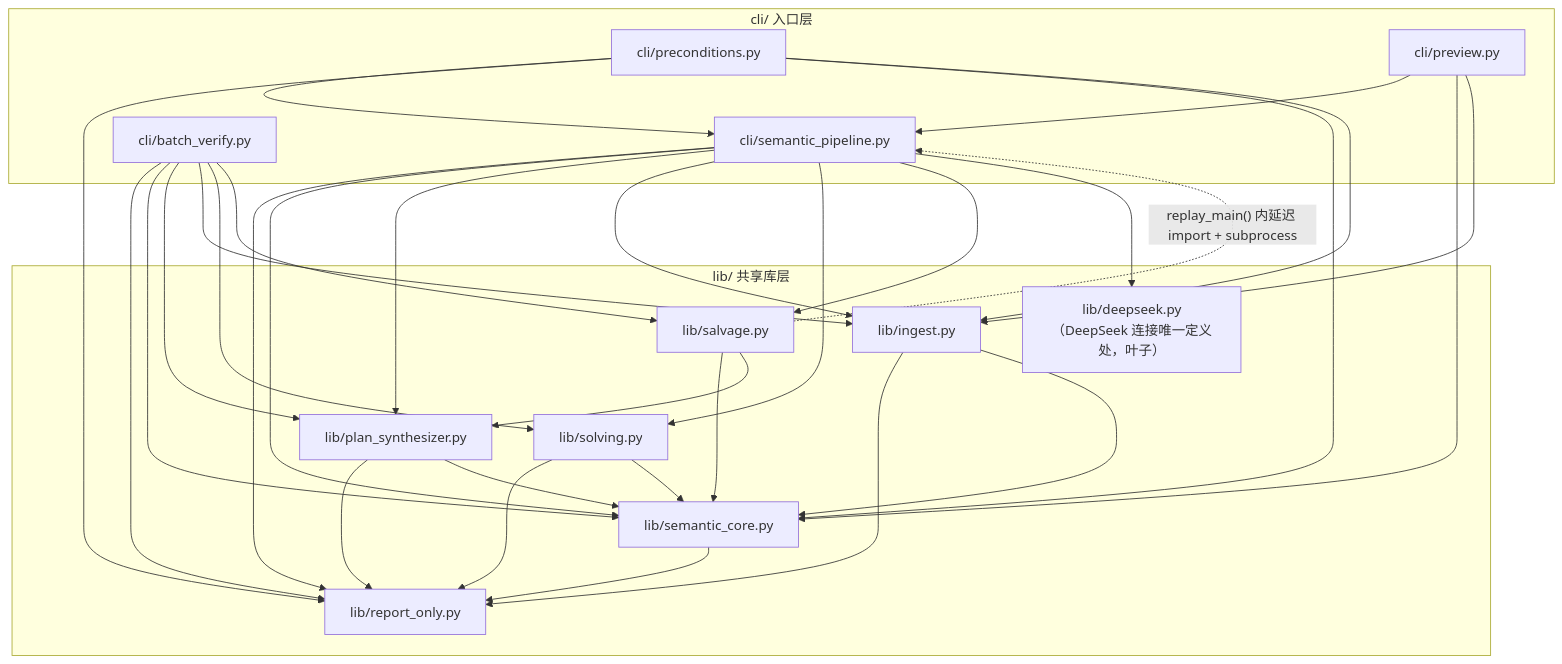
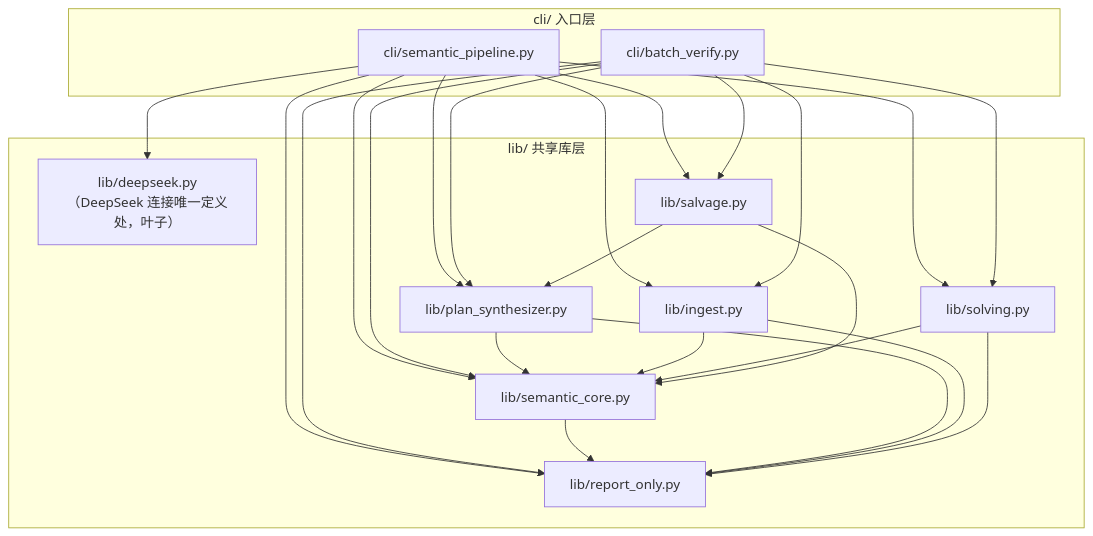
Before and after one commit to zmszdd/sc_slicer_standalone: the diagram in tools/report_constraints_v2/STRUCTURE.md, drawn with Mermaid. The commit also changed other lines of this file and 2530 other files, not shown here.

````diff
--- a/tools/report_constraints_v2/STRUCTURE.md
+++ b/tools/report_constraints_v2/STRUCTURE.md
@@ -287,31 +273,26 @@
 ```mermaid
 graph TD
   subgraph cli["cli/ 入口层"]
     SP[cli/semantic_pipeline.py]
     BV[cli/batch_verify.py]
-    PC[cli/preconditions.py]
-    PV[cli/preview.py]
   end
   subgraph lib["lib/ 共享库层"]
     SC[lib/semantic_core.py]
     PS[lib/plan_synthesizer.py]
     DP["lib/deepseek.py<br/>（DeepSeek 连接唯一定义处，叶子）"]
     RO[lib/report_only.py]
     IN[lib/ingest.py]
     SO[lib/solving.py]
     SA[lib/salvage.py]
   end
 
   SP --> RO & SC & PS & IN & SO & SA
   SP --> DP
   BV --> RO & SC & PS & IN & SO & SA
-  PC --> SP & RO & SC & IN
-  PV --> SP & SC & IN
 
   SC --> RO
   PS --> RO & SC
   IN --> RO & SC
   SO --> RO & SC
   SA --> SC & PS
-  SA -. "replay_main() 内延迟 import + subprocess" .-> SP
 ```
````
